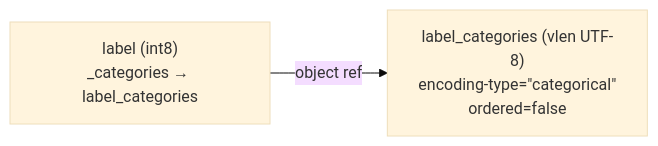
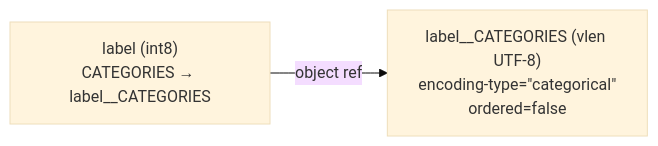
One commit to HDFAlliance/heps changed the fourth of 7 diagrams in HEP001/index.md. Above: the diagram before and after it, drawn with Mermaid (base theme). The commit also changed other lines of this file, not shown here.

````diff
--- a/HEP001/index.md
+++ b/HEP001/index.md
@@ -560,6 +676,6 @@
 ```{mermaid}
 graph LR
-  col["label (int8)<br/>_categories &rarr; label_categories"]
-  cat["label_categories (vlen UTF-8)<br/>encoding-type=&quot;categorical&quot;<br/>ordered=false"]
+  col["label (int8)<br/>CATEGORIES &rarr; label__CATEGORIES"]
+  cat["label__CATEGORIES (vlen UTF-8)<br/>encoding-type=&quot;categorical&quot;<br/>ordered=false"]
   col -- object ref --> cat
 ```
````
